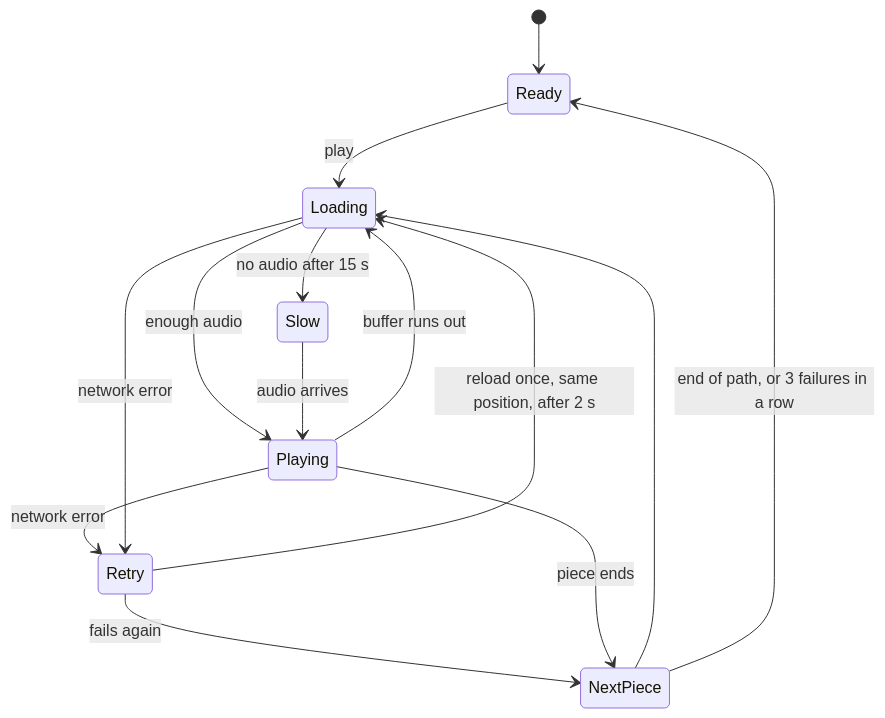
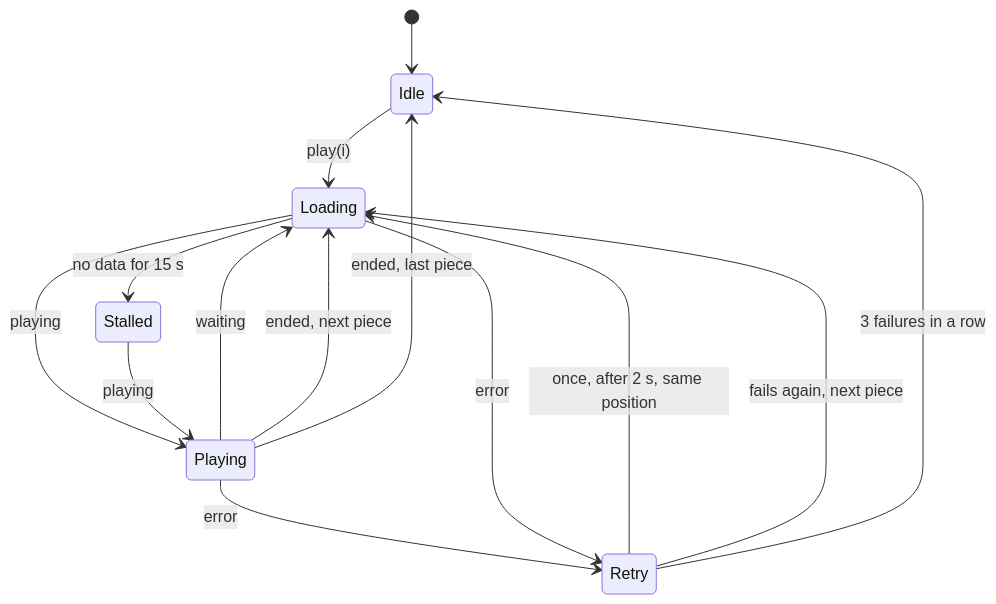
Before and after one commit to hashtagRR/Truly: the fourth of 4 diagrams in references/ARCHITECTURE.md, drawn with Mermaid. The commit also changed other lines of this file and 5 other files, not shown here.

First line of the commit message:
Rewrite the architecture document as a technical design

````diff
--- a/references/ARCHITECTURE.md
+++ b/references/ARCHITECTURE.md
@@ -153,16 +461,16 @@
 ```mermaid
 stateDiagram-v2
-  [*] --> Ready
-  Ready --> Loading: play
-  Loading --> Playing: enough audio
-  Loading --> Slow: no audio after 15 s
-  Slow --> Playing: audio arrives
-  Playing --> Loading: buffer runs out
-  Playing --> Retry: network error
-  Loading --> Retry: network error
-  Retry --> Loading: reload once, same position, after 2 s
-  Retry --> NextPiece: fails again
-  NextPiece --> Loading
-  Playing --> NextPiece: piece ends
-  NextPiece --> Ready: end of path, or 3 failures in a row
+  [*] --> Idle
+  Idle --> Loading: play(i)
+  Loading --> Playing: playing
+  Loading --> Stalled: no data for 15 s
+  Stalled --> Playing: playing
+  Playing --> Loading: waiting
+  Playing --> Retry: error
+  Loading --> Retry: error
+  Retry --> Loading: once, after 2 s, same position
+  Retry --> Loading: fails again, next piece
+  Playing --> Loading: ended, next piece
+  Playing --> Idle: ended, last piece
+  Retry --> Idle: 3 failures in a row
 ```
````
